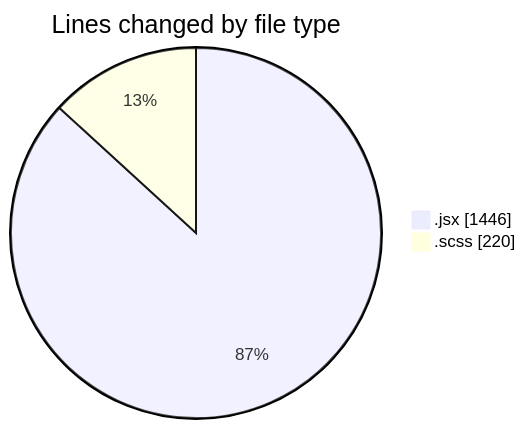
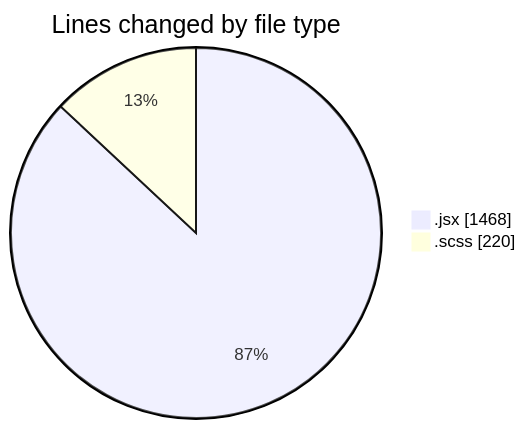
One commit to momahboobian/code-tracking changed the first of 2 diagrams in 2026-09-02/cda/README.md. Above: the diagram before and after it, drawn with Mermaid. The commit also changed other lines of this file and 1 other file, not shown here.

````diff
--- a/2026-09-02/cda/README.md
+++ b/2026-09-02/cda/README.md
@@ -26,6 +26,6 @@
 ```mermaid
 pie showData
 title Lines changed by file type
-".jsx" : 1446
+".jsx" : 1468
 ".scss" : 220
 ```
````
